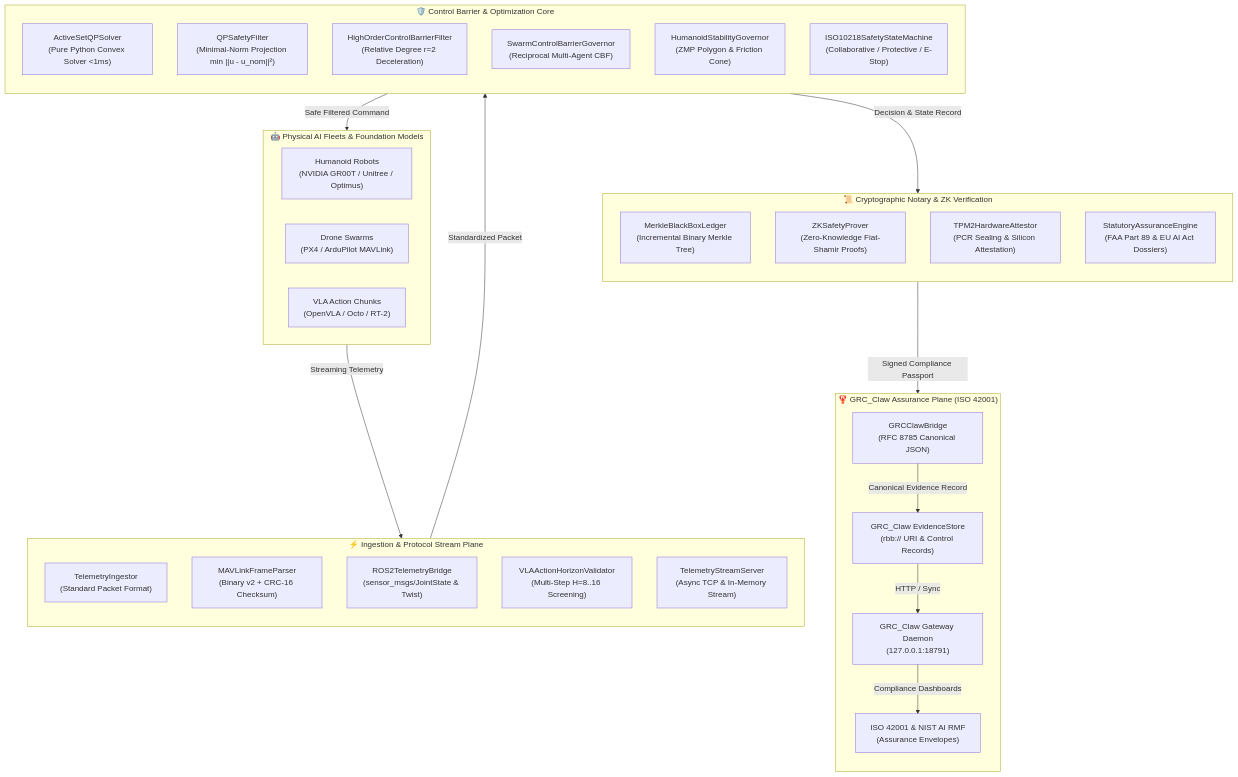
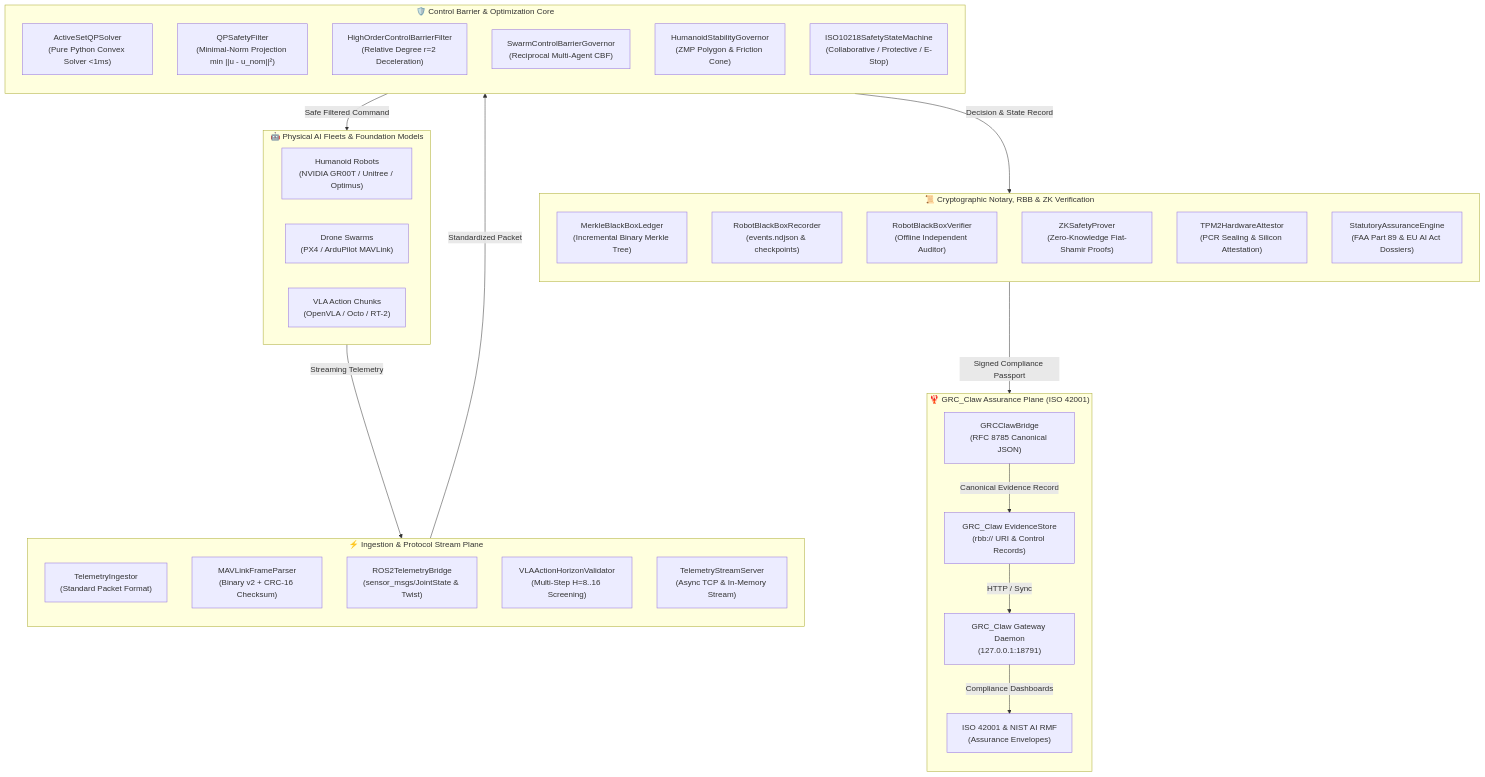
Before and after one commit to AAH20/physical-ai-governor: the first of 2 diagrams in README.md, drawn with Mermaid. The commit also changed other lines of this file and 6 other files, not shown here.

Commit message:
feat: integrate Robot Black Box (RBB) contract, recorder, and offline verifier

````diff
--- a/README.md
+++ b/README.md
@@ -17,53 +18,55 @@
 ```mermaid
 flowchart TD
   subgraph FLEET["🤖 Physical AI Fleets & Foundation Models"]
     direction LR
     H1["Humanoid Robots<br/>(NVIDIA GR00T / Unitree / Optimus)"]
     DR["Drone Swarms<br/>(PX4 / ArduPilot MAVLink)"]
     VLA["VLA Action Chunks<br/>(OpenVLA / Octo / RT-2)"]
   end
 
   subgraph INGEST["⚡ Ingestion & Protocol Stream Plane"]
     direction TB
     ING["TelemetryIngestor<br/>(Standard Packet Format)"]
     MFP["MAVLinkFrameParser<br/>(Binary v2 + CRC-16 Checksum)"]
     ROS["ROS2TelemetryBridge<br/>(sensor_msgs/JointState &amp; Twist)"]
     VAV["VLAActionHorizonValidator<br/>(Multi-Step H=8..16 Screening)"]
     TSS["TelemetryStreamServer<br/>(Async TCP &amp; In-Memory Stream)"]
   end
 
   subgraph SAFETY["🛡️ Control Barrier & Optimization Core"]
     direction TB
     QP["ActiveSetQPSolver<br/>(Pure Python Convex Solver &lt;1ms)"]
     QPF["QPSafetyFilter<br/>(Minimal-Norm Projection min ||u - u_nom||²)"]
     HOCBF["HighOrderControlBarrierFilter<br/>(Relative Degree r=2 Deceleration)"]
     SWARM["SwarmControlBarrierGovernor<br/>(Reciprocal Multi-Agent CBF)"]
     STAB["HumanoidStabilityGovernor<br/>(ZMP Polygon &amp; Friction Cone)"]
     SM["ISO10218SafetyStateMachine<br/>(Collaborative / Protective / E-Stop)"]
   end
 
-  subgraph AUDIT["📜 Cryptographic Notary & ZK Verification"]
+  subgraph AUDIT["📜 Cryptographic Notary, RBB & ZK Verification"]
     direction TB
     MBL["MerkleBlackBoxLedger<br/>(Incremental Binary Merkle Tree)"]
+    RBB["RobotBlackBoxRecorder<br/>(events.ndjson &amp; checkpoints)"]
+    VFY["RobotBlackBoxVerifier<br/>(Offline Independent Auditor)"]
     ZK["ZKSafetyProver<br/>(Zero-Knowledge Fiat-Shamir Proofs)"]
     TPM["TPM2HardwareAttestor<br/>(PCR Sealing &amp; Silicon Attestation)"]
     STAT["StatutoryAssuranceEngine<br/>(FAA Part 89 &amp; EU AI Act Dossiers)"]
   end
 
   subgraph GRC["🦞 GRC_Claw Assurance Plane (ISO 42001)"]
     direction TB
     BRIDGE["GRCClawBridge<br/>(RFC 8785 Canonical JSON)"]
     EV["GRC_Claw EvidenceStore<br/>(rbb:// URI &amp; Control Records)"]
     GW["GRC_Claw Gateway Daemon<br/>(127.0.0.1:18791)"]
     AIMS["ISO 42001 &amp; NIST AI RMF<br/>(Assurance Envelopes)"]
   end
 
   FLEET -->|Streaming Telemetry| INGEST
   INGEST -->|Standardized Packet| SAFETY
   SAFETY -->|Safe Filtered Command| FLEET
   SAFETY -->|Decision &amp; State Record| AUDIT
   AUDIT -->|Signed Compliance Passport| BRIDGE
   BRIDGE -->|Canonical Evidence Record| EV
   EV -->|HTTP / Sync| GW
   GW -->|Compliance Dashboards| AIMS
 ```
````
